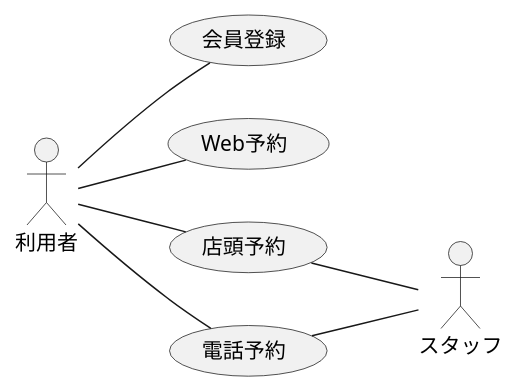
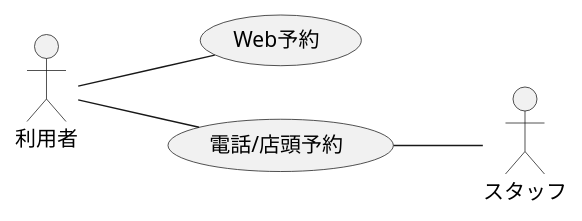
One commit to TakashiOnawa/ddd-practice-studio-reservation changed the diagram in modeling/04_BusinessUsecase_予約.pu. Above: the diagram before and after it, drawn with PlantUML. The commit also changed 33 other files, not shown here.

```diff
--- a/modeling/04_BusinessUsecase_予約.pu
+++ b/modeling/04_BusinessUsecase_予約.pu
@@ -1,15 +1,12 @@
 @startuml BusinessUsecase
 
 left to right direction
 
 actor 利用者
 actor スタッフ
 
-利用者 -- (会員登録)
 利用者 -- (Web予約)
-利用者 -- (店頭予約)
-(店頭予約) -- スタッフ
-利用者 -- (電話予約)
-(電話予約) -- スタッフ
+利用者 -- (電話/店頭予約)
+(電話/店頭予約) -- スタッフ
 
 @enduml
```
